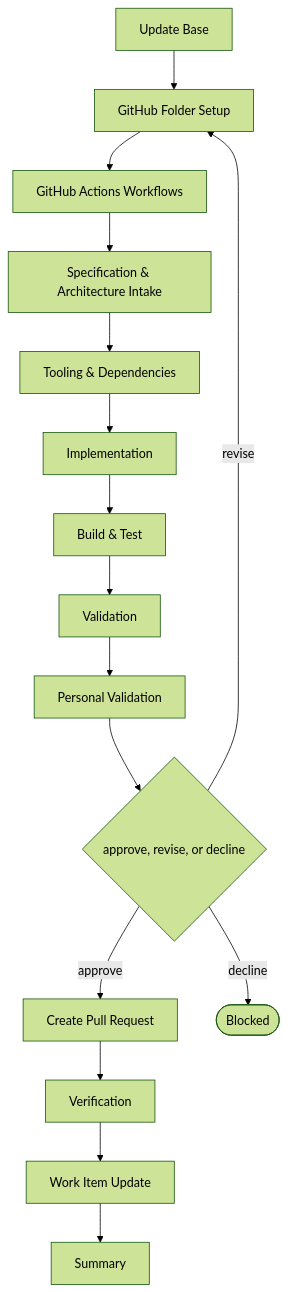
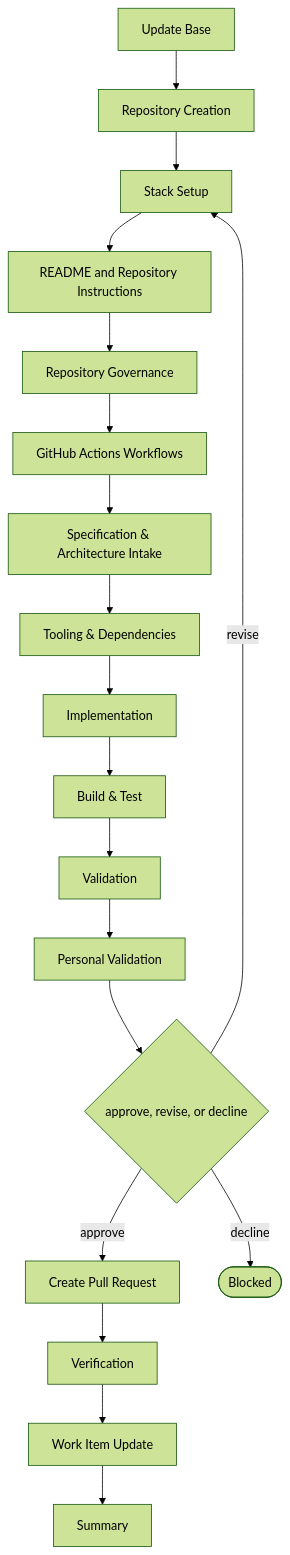
Before and after one commit to JSdotNet/devbook: the diagram in .devbook/domain/delivery/flow.flow-project.md, drawn with Mermaid (forest theme). The commit also changed other lines of this file and 15 other files, not shown here.

First line of the commit message:
Fold flow-repo into flow-project

````diff
--- a/.devbook/domain/delivery/flow.flow-project.md
+++ b/.devbook/domain/delivery/flow.flow-project.md
@@ -14,32 +14,38 @@
 ```mermaid
 flowchart TD
     base["Update Base"]
-    s0["GitHub Folder Setup"]
+    r0["Repository Creation"]
+    r1["Stack Setup"]
+    r2["README and Repository Instructions"]
+    r3["Repository Governance"]
     s1["GitHub Actions Workflows"]
     s2["Specification & Architecture Intake"]
     s3["Tooling & Dependencies"]
     s4["Implementation"]
     c0["Build & Test"]
     c1["Validation"]
     c2["Personal Validation"]
 
-    base --> s0
-    s0 --> s1
+    base --> r0
+    r0 --> r1
+    r1 --> r2
+    r2 --> r3
+    r3 --> s1
     s1 --> s2
     s2 --> s3
     s3 --> s4
     s4 --> c0
     c0 --> c1
     c1 --> c2
     c2 --> g{"approve, revise, or decline"}
     t0["Create Pull Request"]
     t1["Verification"]
     t2["Work Item Update"]
     t3["Summary"]
     g -->|approve| t0
     t0 --> t1
     t1 --> t2
     t2 --> t3
-    g -->|revise| s0
+    g -->|revise| r1
     g -->|decline| blocked(["Blocked"])
 ```
````
